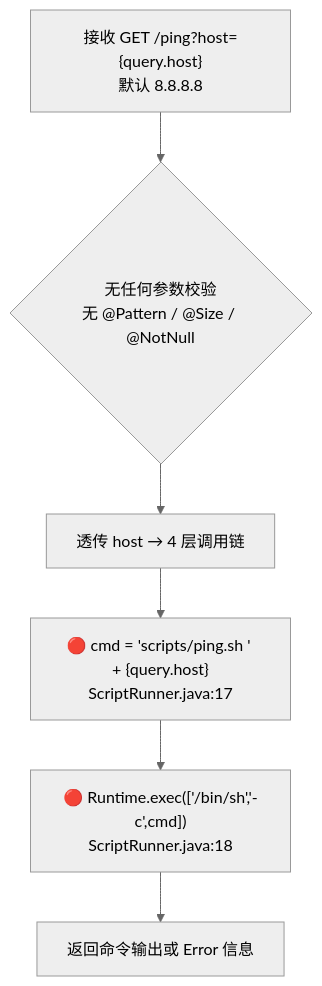
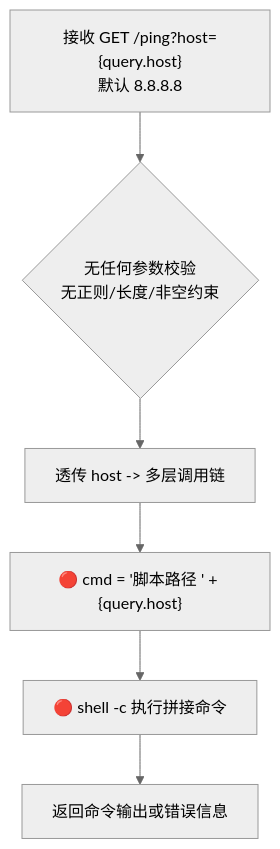
The fourth of 7 diagrams in vuln-agent-intro.md (gcf0082/vuln_agent), drawn with Mermaid (neutral theme) before and after one commit. The commit also changed other lines of this file and 3 other files, not shown here.

````diff
--- a/vuln-agent-intro.md
+++ b/vuln-agent-intro.md
@@ -94,15 +150,10 @@
 ```mermaid
 flowchart TD
     RECV["接收 GET /ping?host={query.host}<br/>默认 8.8.8.8"]
-    NO_CHECK{"无任何参数校验<br/>无 @Pattern / @Size / @NotNull"}
-    PASS["透传 host → 4 层调用链"]
-    BUILD["🔴 cmd = 'scripts/ping.sh ' + {query.host}<br/>ScriptRunner.java:17"]
-    EXEC["🔴 Runtime.exec(['/bin/sh','-c',cmd])<br/>ScriptRunner.java:18"]
-    RESULT["返回命令输出或 Error 信息"]
-
-    RECV --> NO_CHECK
-    NO_CHECK --> PASS
-    PASS --> BUILD
-    BUILD --> EXEC
-    EXEC --> RESULT
+    NO_CHECK{"无任何参数校验<br/>无正则/长度/非空约束"}
+    PASS["透传 host -> 多层调用链"]
+    BUILD["🔴 cmd = '脚本路径 ' + {query.host}"]
+    EXEC["🔴 shell -c 执行拼接命令"]
+    RESULT["返回命令输出或错误信息"]
+    RECV --> NO_CHECK --> PASS --> BUILD --> EXEC --> RESULT
 ```
````
